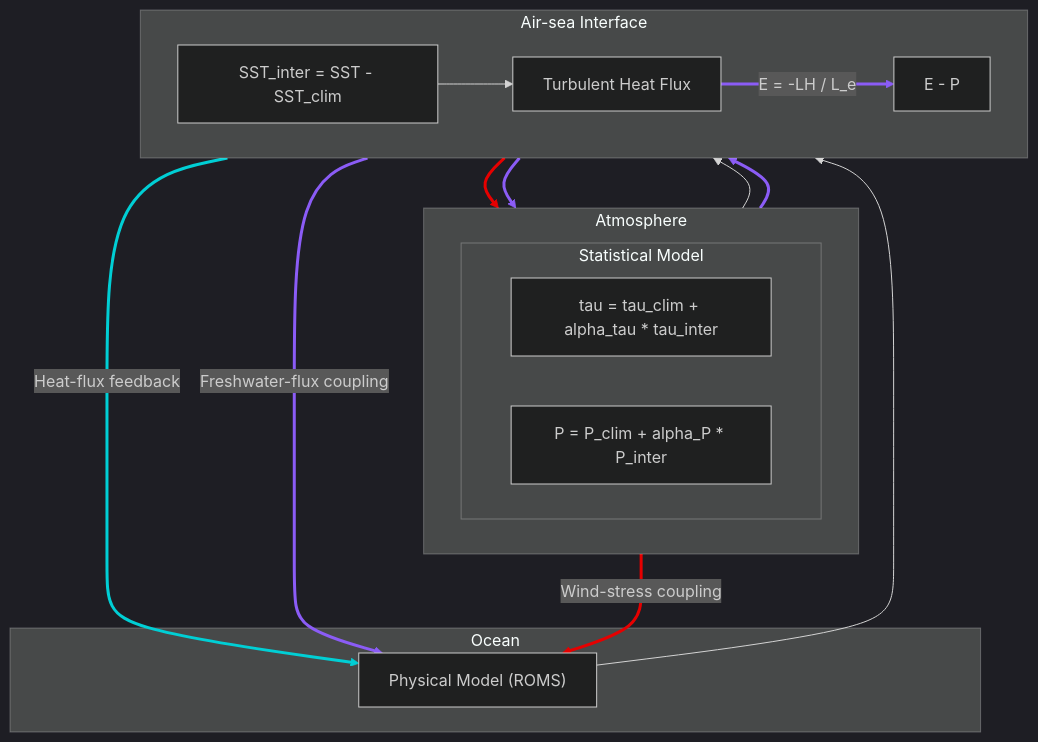
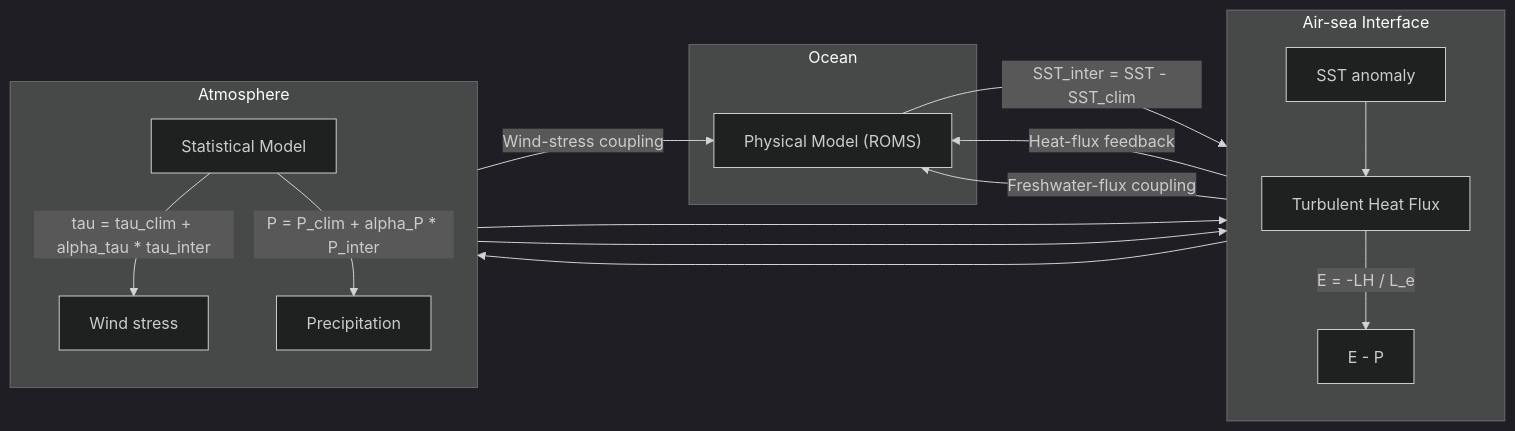
The diagram in README.md (yangyu-climate/HCM_ROMS), drawn with Mermaid (dark theme) before and after one commit.

Commit message:
Improve README diagram layout

````diff
--- a/README.md
+++ b/README.md
@@ -19,37 +19,32 @@
 ```mermaid
-flowchart TB
-    subgraph ATM["Atmosphere"]
-        direction LR
-        subgraph STAT["Statistical Model"]
-            direction LR
-            TAU["tau = tau_clim + alpha_tau * tau_inter"]
-            PRECIP["P = P_clim + alpha_P * P_inter"]
-        end
-    end
-
-    subgraph ASI["Air-sea Interface"]
-        direction LR
-        BULK["Turbulent Heat Flux"]
-        SST["SST_inter = SST - SST_clim"]
-        EMP["E - P"]
-    end
-
+flowchart LR
     subgraph OCEAN["Ocean"]
         ROMS["Physical Model (ROMS)"]
     end
 
-    ROMS --> SST
-    SST --> TAU
+    subgraph ASI["Air-sea Interface"]
+        direction TB
+        SST["SST anomaly"]
+        BULK["Turbulent Heat Flux"]
+        EMP["E - P"]
+    end
+
+    subgraph ATM["Atmosphere"]
+        direction TB
+        STAT["Statistical Model"]
+        TAU["Wind stress"]
+        PRECIP["Precipitation"]
+    end
+
+    ROMS -->|"SST_inter = SST - SST_clim"| SST
+    SST --> STAT
+    STAT -->|"tau = tau_clim + alpha_tau * tau_inter"| TAU
+    STAT -->|"P = P_clim + alpha_P * P_inter"| PRECIP
     TAU -->|"Wind-stress coupling"| ROMS
     TAU --> BULK
     SST --> BULK
     BULK -->|"Heat-flux feedback"| ROMS
     BULK -->|"E = -LH / L_e"| EMP
-    SST --> PRECIP
     PRECIP --> EMP
     EMP -->|"Freshwater-flux coupling"| ROMS
-
-    linkStyle 1,2 stroke:#e60000,stroke-width:3px
-    linkStyle 5 stroke:#00cfd5,stroke-width:3px
-    linkStyle 6,7,8,9 stroke:#8b5cf6,stroke-width:3px
 ```
````
